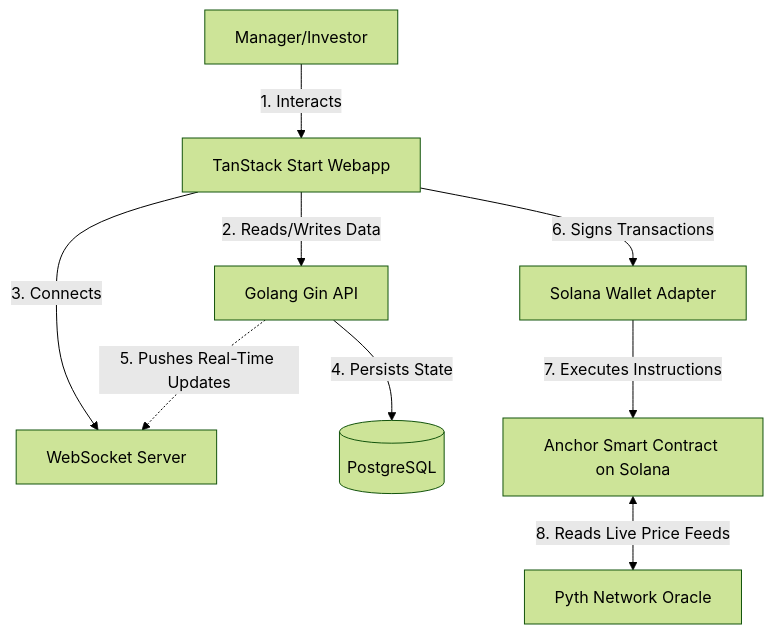
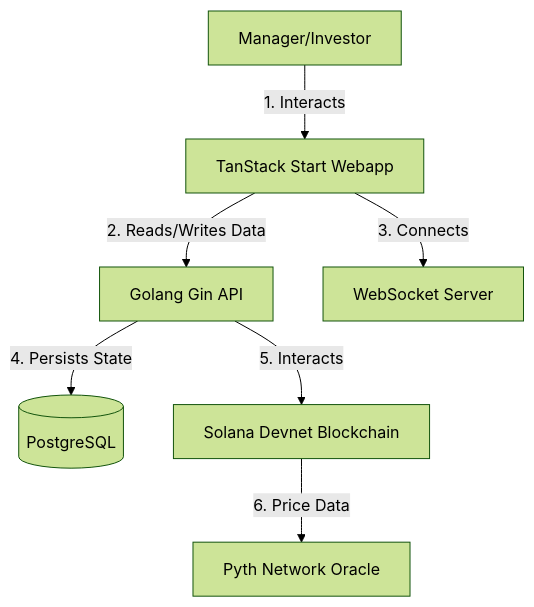
One commit to Fnz11/flux changed the diagram in README.md. Above: the diagram before and after it, drawn with Mermaid (forest theme). The commit also changed other lines of this file and 71 other files, not shown here.

````diff
--- a/README.md
+++ b/README.md
@@ -105,11 +85,9 @@
 ```mermaid
 graph TD
     User[Manager/Investor] -->|1. Interacts| Frontend[TanStack Start Webapp]
     Frontend -->|2. Reads/Writes Data| Backend[Golang Gin API]
     Frontend -->|3. Connects| WS[WebSocket Server]
     Backend -->|4. Persists State| DB[(PostgreSQL)]
-    Backend -.->|5. Pushes Real-Time Updates| WS
-    Frontend -->|6. Signs Transactions| Wallet[Solana Wallet Adapter]
-    Wallet -->|7. Executes Instructions| SC[Anchor Smart Contract on Solana]
-    SC <-->|8. Reads Live Price Feeds| Pyth[Pyth Network Oracle]
+    Backend -->|5. Interacts| Solana[Solana Devnet Blockchain]
+    Solana -->|6. Price Data| Pyth[Pyth Network Oracle]
 ```
````
